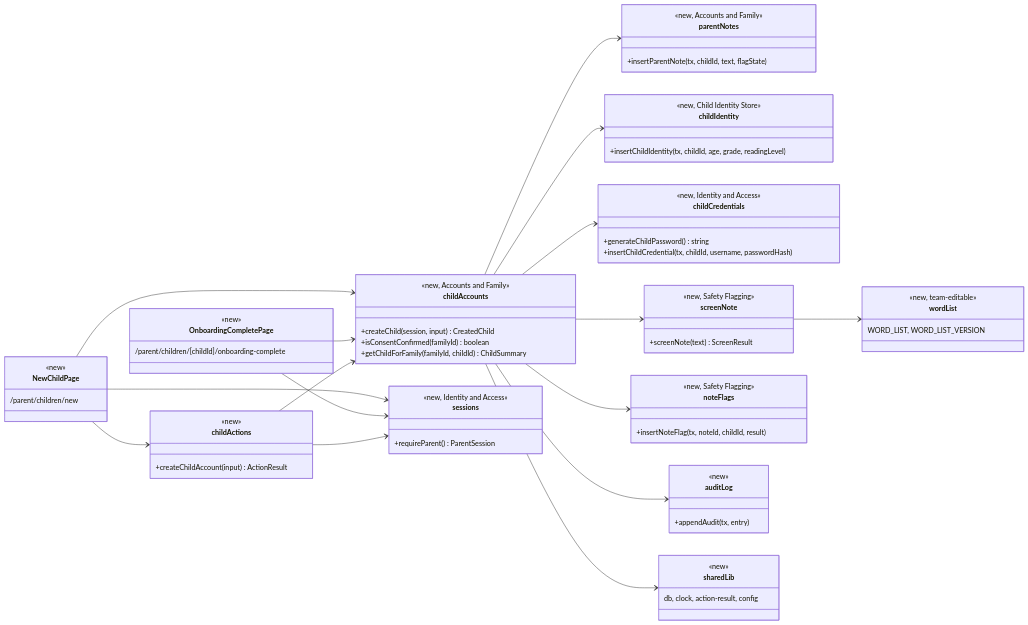
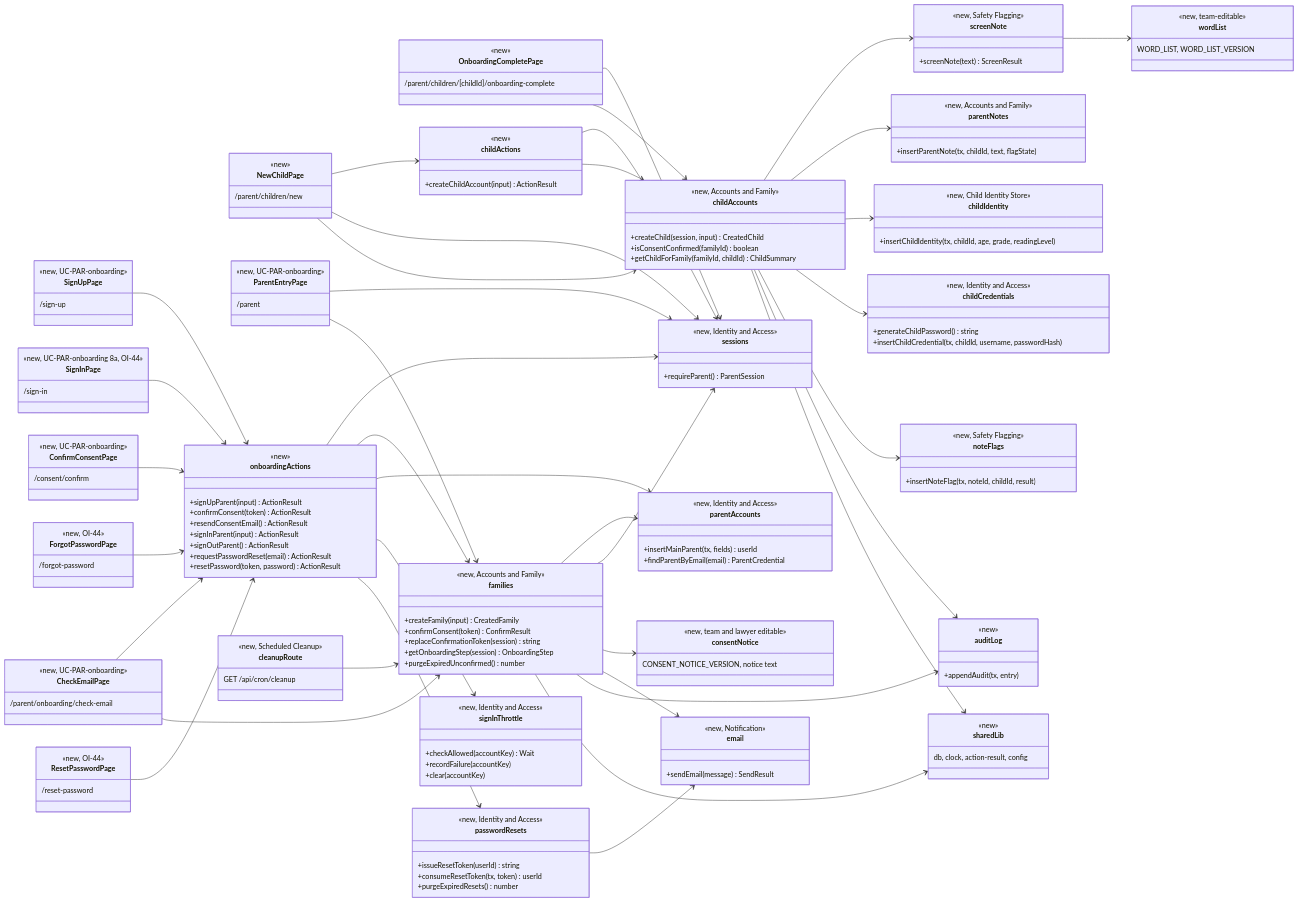
One commit to videogames21/book_buddies changed the second of 11 diagrams in design/par.md. Above: the diagram before and after it, drawn with Mermaid. The commit also changed other lines of this file and 3 other files, not shown here.

```diff
--- a/design/par.md
+++ b/design/par.md
@@ -140,6 +142,103 @@
         <<new>>
         db, clock, action-result, config
     }
+    class SignUpPage {
+        <<new, UC-PAR-onboarding>>
+        /sign-up
+    }
+    class SignInPage {
+        <<new, UC-PAR-onboarding 8a, OI-44>>
+        /sign-in
+    }
+    class ConfirmConsentPage {
+        <<new, UC-PAR-onboarding>>
+        /consent/confirm
+    }
+    class CheckEmailPage {
+        <<new, UC-PAR-onboarding>>
+        /parent/onboarding/check-email
+    }
+    class ParentEntryPage {
+        <<new, UC-PAR-onboarding>>
+        /parent
+    }
+    class onboardingActions {
+        <<new>>
+        +signUpParent(input) ActionResult
+        +confirmConsent(token) ActionResult
+        +resendConsentEmail() ActionResult
+        +signInParent(input) ActionResult
+        +signOutParent() ActionResult
+        +requestPasswordReset(email) ActionResult
+        +resetPassword(token, password) ActionResult
+    }
+    class ForgotPasswordPage {
+        <<new, OI-44>>
+        /forgot-password
+    }
+    class ResetPasswordPage {
+        <<new, OI-44>>
+        /reset-password
+    }
+    class passwordResets {
+        <<new, Identity and Access>>
+        +issueResetToken(userId) string
+        +consumeResetToken(tx, token) userId
+        +purgeExpiredResets() number
+    }
+    class families {
+        <<new, Accounts and Family>>
+        +createFamily(input) CreatedFamily
+        +confirmConsent(token) ConfirmResult
+        +replaceConfirmationToken(session) string
+        +getOnboardingStep(session) OnboardingStep
+        +purgeExpiredUnconfirmed() number
+    }
+    class consentNotice {
+        <<new, team and lawyer editable>>
+        CONSENT_NOTICE_VERSION, notice text
+    }
+    class parentAccounts {
+        <<new, Identity and Access>>
+        +insertMainParent(tx, fields) userId
+        +findParentByEmail(email) ParentCredential
+    }
+    class signInThrottle {
+        <<new, Identity and Access>>
+        +checkAllowed(accountKey) Wait
+        +recordFailure(accountKey)
+        +clear(accountKey)
+    }
+    class email {
+        <<new, Notification>>
+        +sendEmail(message) SendResult
+    }
+    class cleanupRoute {
+        <<new, Scheduled Cleanup>>
+        GET /api/cron/cleanup
+    }
+    SignUpPage --> onboardingActions
+    SignInPage --> onboardingActions
+    ConfirmConsentPage --> onboardingActions
+    CheckEmailPage --> onboardingActions
+    CheckEmailPage --> families
+    ParentEntryPage --> sessions
+    ParentEntryPage --> families
+    onboardingActions --> sessions
+    onboardingActions --> families
+    onboardingActions --> parentAccounts
+    onboardingActions --> signInThrottle
+    onboardingActions --> passwordResets
+    ForgotPasswordPage --> onboardingActions
+    ResetPasswordPage --> onboardingActions
+    passwordResets --> email
+    families --> parentAccounts
+    families --> sessions
+    families --> consentNotice
+    families --> email
+    families --> auditLog
+    families --> sharedLib
+    cleanupRoute --> families
     NewChildPage --> childActions
     NewChildPage --> sessions
     NewChildPage --> childAccounts
```
